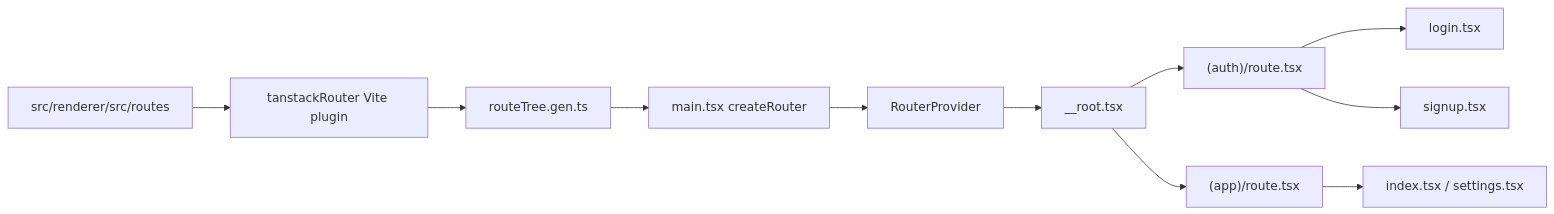
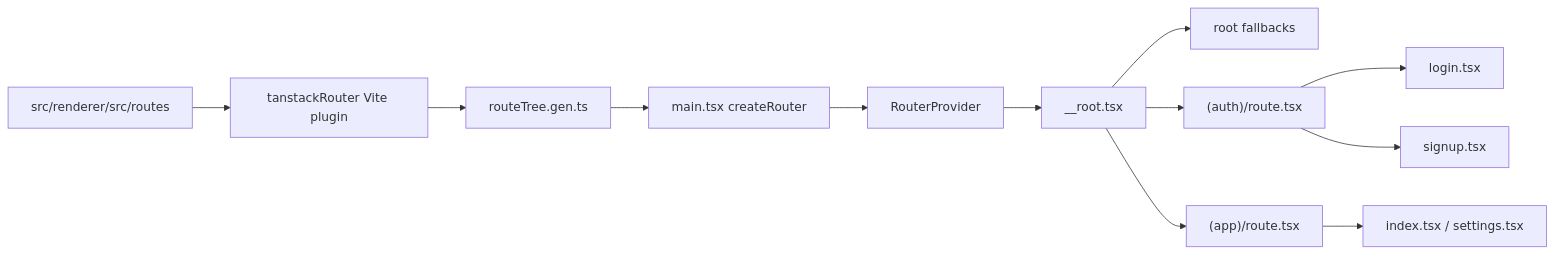
Before and after one commit to AchuAshwath/electron-react-starter-kit: the diagram in docs/tanstack-router.md, drawn with Mermaid. The commit also changed other lines of this file and 21 other files, not shown here.

````diff
--- a/docs/tanstack-router.md
+++ b/docs/tanstack-router.md
@@ -7,13 +7,14 @@
 ```mermaid
 flowchart LR
 	Files["src/renderer/src/routes"] --> Plugin["tanstackRouter Vite plugin"]
 	Plugin --> Tree["routeTree.gen.ts"]
 	Tree --> Main["main.tsx createRouter"]
 	Main --> Provider["RouterProvider"]
 	Provider --> Root["__root.tsx"]
+	Root --> Fallbacks["root fallbacks"]
 	Root --> Auth["(auth)/route.tsx"]
 	Root --> App["(app)/route.tsx"]
 	Auth --> Login["login.tsx"]
 	Auth --> Signup["signup.tsx"]
 	App --> Pages["index.tsx / settings.tsx"]
 ```
````
